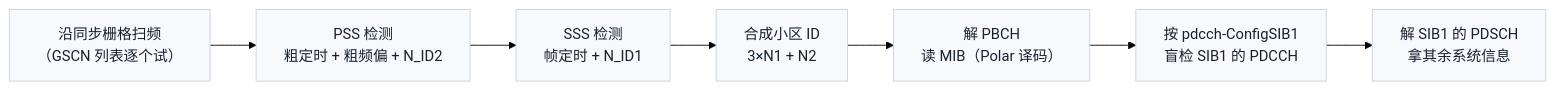
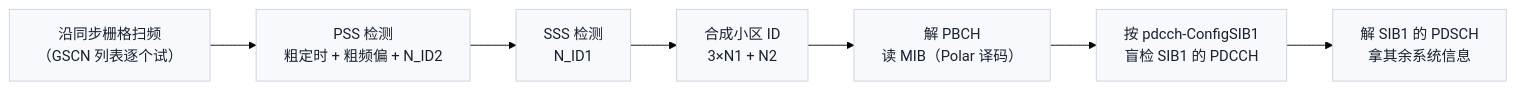
The diagram in 3gpp/docs/L2_协议算法/T14.4_PBCH_cell_search_system_info.md (AuroraYaus/obsidian), drawn with Mermaid (forest theme) before and after one commit. The commit also changed other lines of this file and 3 other files, not shown here.

````diff
--- a/3gpp/docs/L2_协议算法/T14.4_PBCH_cell_search_system_info.md
+++ b/3gpp/docs/L2_协议算法/T14.4_PBCH_cell_search_system_info.md
@@ -50,10 +50,10 @@
 ```mermaid
 flowchart LR
     A["沿同步栅格扫频<br/>（GSCN 列表逐个试）"] --> B["PSS 检测<br/>粗定时 + 粗频偏 + N_ID2"]
-    B --> C["SSS 检测<br/>帧定时 + N_ID1"]
+    B --> C["SSS 检测<br/>N_ID1"]
     C --> D["合成小区 ID<br/>3×N1 + N2"]
     D --> E["解 PBCH<br/>读 MIB（Polar 译码）"]
     E --> F["按 pdcch-ConfigSIB1<br/>盲检 SIB1 的 PDCCH"]
     F --> G["解 SIB1 的 PDSCH<br/>拿其余系统信息"]
 classDef default fill:#F7F9FC,stroke:#C9D4DF,color:#17212F;
 ```
````
